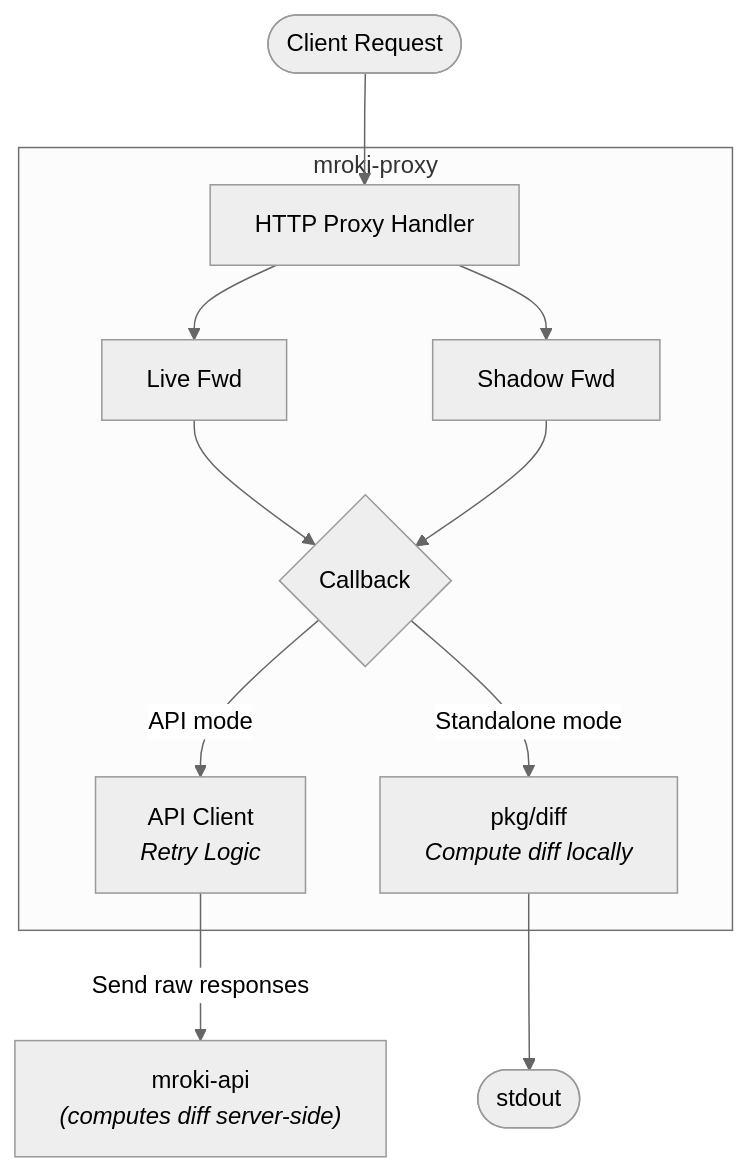
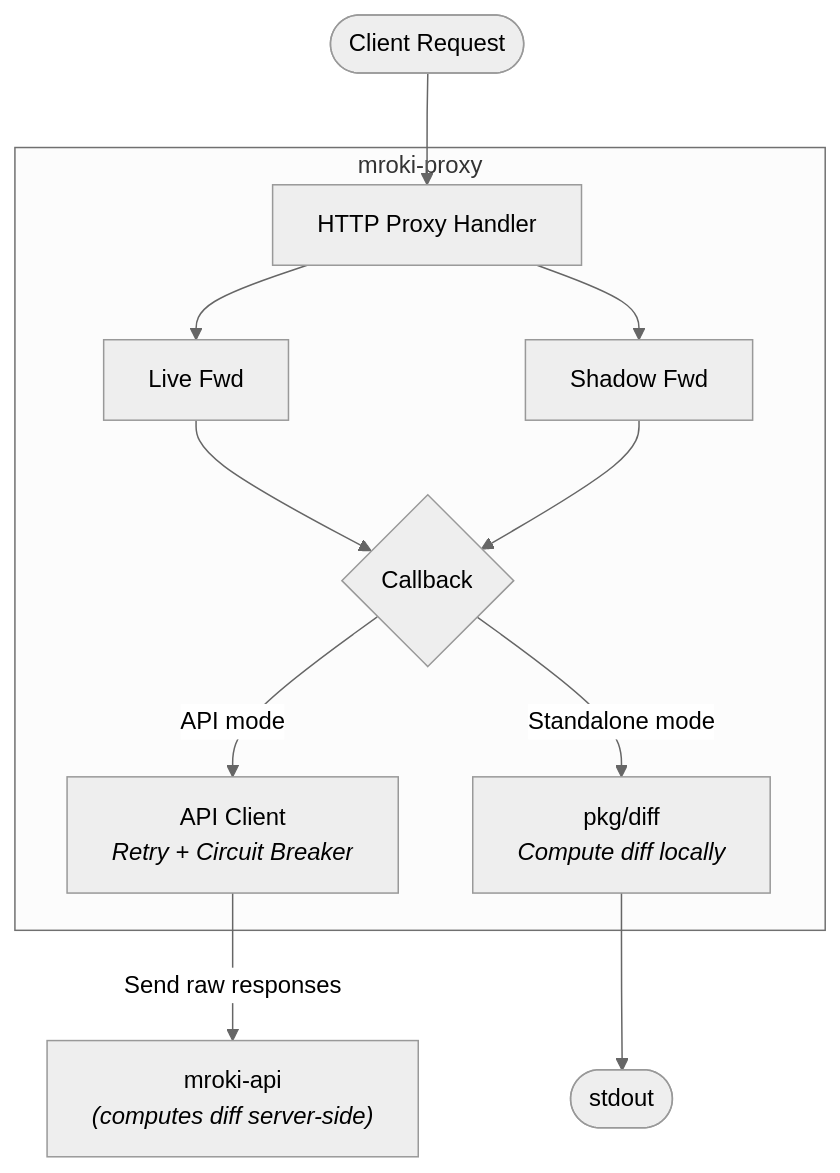
One commit to pedrobarco/mroki changed the diagram in docs/components/MROKI_PROXY.md. Above: the diagram before and after it, drawn with Mermaid (neutral theme). The commit also changed other lines of this file and 16 other files, not shown here.

First line of the commit message:
feat(proxy): resilient HTTP client with retry + circuit breaker

````diff
--- a/docs/components/MROKI_PROXY.md
+++ b/docs/components/MROKI_PROXY.md
@@ -24,15 +25,15 @@
 ```mermaid
 graph TD
     Client([Client Request]) --> Handler
 
     subgraph mroki-proxy
         Handler[HTTP Proxy Handler] --> LiveFwd[Live Fwd]
         Handler --> ShadowFwd[Shadow Fwd]
         LiveFwd & ShadowFwd --> Callback{Callback}
-        Callback -->|API mode| APIClient[API Client<br><i>Retry Logic</i>]
+        Callback -->|API mode| APIClient[API Client<br><i>Retry + Circuit Breaker</i>]
         Callback -->|Standalone mode| Differ[pkg/diff<br><i>Compute diff locally</i>]
     end
 
     APIClient -->|Send raw responses| API["mroki-api<br><i>(computes diff server-side)</i>"]
     Differ --> Stdout([stdout])
 ```
````
